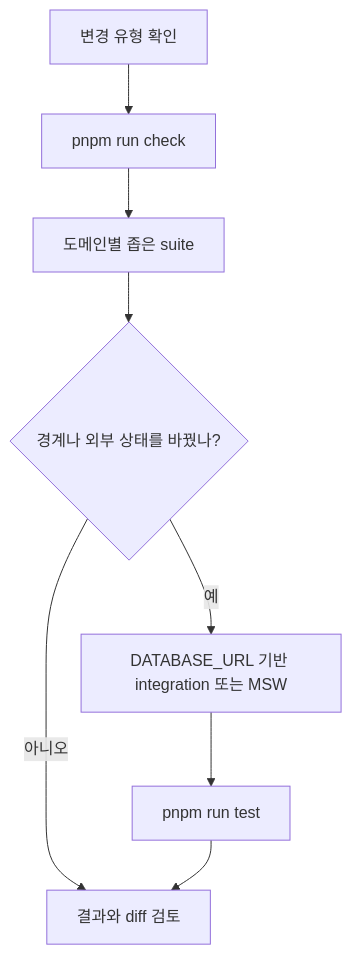
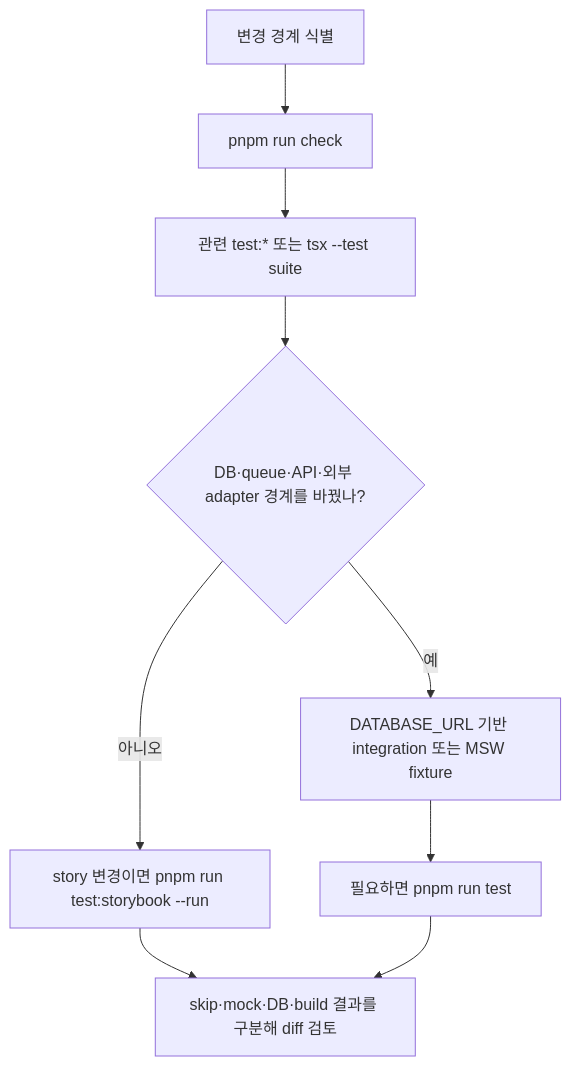
One commit to leey00nsu/copy-singer changed the diagram in openwiki/testing/test-strategy.md. Above: the diagram before and after it, drawn with Mermaid. The commit also changed other lines of this file and 40 other files, not shown here.

````diff
--- a/openwiki/testing/test-strategy.md
+++ b/openwiki/testing/test-strategy.md
@@ -60,10 +73,11 @@
 ```mermaid
 flowchart TD
-    Change["변경 유형 확인"] --> Static["pnpm run check"]
-    Static --> Focus["도메인별 좁은 suite"]
-    Focus --> Boundary{"경계나 외부 상태를 바꿨나?"}
-    Boundary -->|아니오| Review["결과와 diff 검토"]
-    Boundary -->|예| Integration["DATABASE_URL 기반 integration 또는 MSW"]
-    Integration --> Full["pnpm run test"]
+    Change["변경 경계 식별"] --> Static["pnpm run check"]
+    Static --> Focus["관련 test:* 또는 tsx --test suite"]
+    Focus --> Boundary{"DB·queue·API·외부 adapter 경계를 바꿨나?"}
+    Boundary -->|아니오| Story["story 변경이면 pnpm run test:storybook --run"]
+    Boundary -->|예| Integration["DATABASE_URL 기반 integration 또는 MSW fixture"]
+    Integration --> Full["필요하면 pnpm run test"]
+    Story --> Review["skip·mock·DB·build 결과를 구분해 diff 검토"]
     Full --> Review
 ```
````
